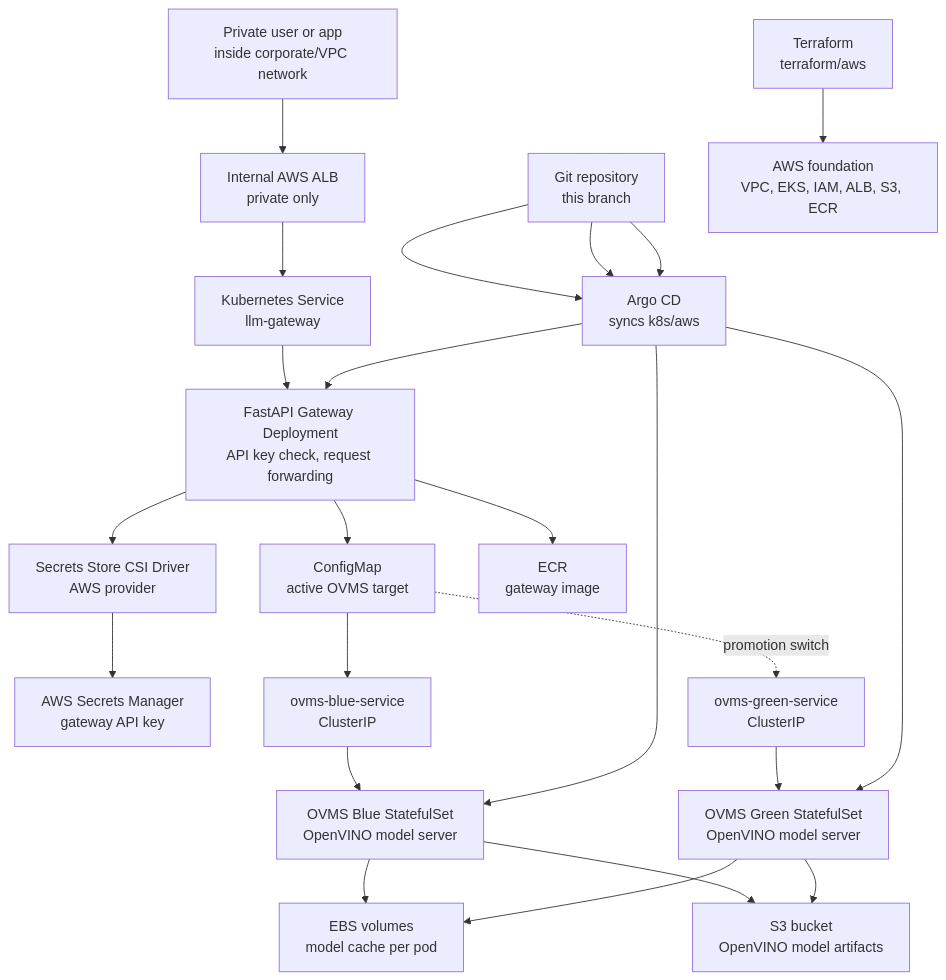
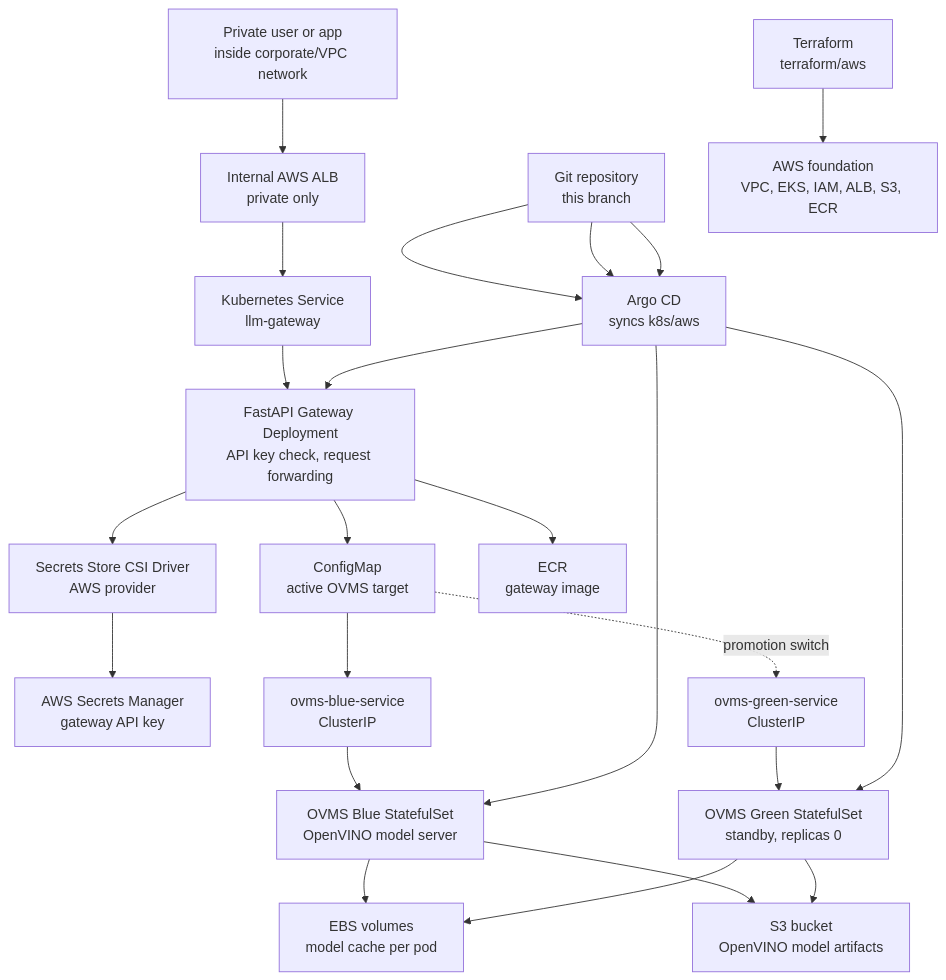
One commit to tusharkrbarman/k8s changed the diagram in README.md. Above: the diagram before and after it, drawn with Mermaid. The commit also changed other lines of this file and 12 other files, not shown here.

````diff
--- a/README.md
+++ b/README.md
@@ -26,38 +28,38 @@
 ```mermaid
 flowchart TB
     User["Private user or app<br/>inside corporate/VPC network"]
     ALB["Internal AWS ALB<br/>private only"]
     GatewaySvc["Kubernetes Service<br/>llm-gateway"]
     GatewayPods["FastAPI Gateway Deployment<br/>API key check, request forwarding"]
     SecretCSI["Secrets Store CSI Driver<br/>AWS provider"]
     SecretsManager["AWS Secrets Manager<br/>gateway API key"]
     ConfigMap["ConfigMap<br/>active OVMS target"]
     BlueSvc["ovms-blue-service<br/>ClusterIP"]
     GreenSvc["ovms-green-service<br/>ClusterIP"]
     BlueOVMS["OVMS Blue StatefulSet<br/>OpenVINO model server"]
-    GreenOVMS["OVMS Green StatefulSet<br/>OpenVINO model server"]
+    GreenOVMS["OVMS Green StatefulSet<br/>standby, replicas 0"]
     EBS["EBS volumes<br/>model cache per pod"]
     S3["S3 bucket<br/>OpenVINO model artifacts"]
     ECR["ECR<br/>gateway image"]
     Argo["Argo CD<br/>syncs k8s/aws"]
     Git["Git repository<br/>this branch"]
     Terraform["Terraform<br/>terraform/aws"]
     AWSInfra["AWS foundation<br/>VPC, EKS, IAM, ALB, S3, ECR"]
 
     User --> ALB --> GatewaySvc --> GatewayPods
     GatewayPods --> ConfigMap
     GatewayPods --> SecretCSI --> SecretsManager
     ConfigMap --> BlueSvc
     ConfigMap -. "promotion switch" .-> GreenSvc
     BlueSvc --> BlueOVMS
     GreenSvc --> GreenOVMS
     BlueOVMS --> EBS
     GreenOVMS --> EBS
     BlueOVMS --> S3
     GreenOVMS --> S3
     GatewayPods --> ECR
     Git --> Argo --> GatewayPods
     Git --> Argo --> BlueOVMS
     Git --> Argo --> GreenOVMS
     Terraform --> AWSInfra
 ```
````
